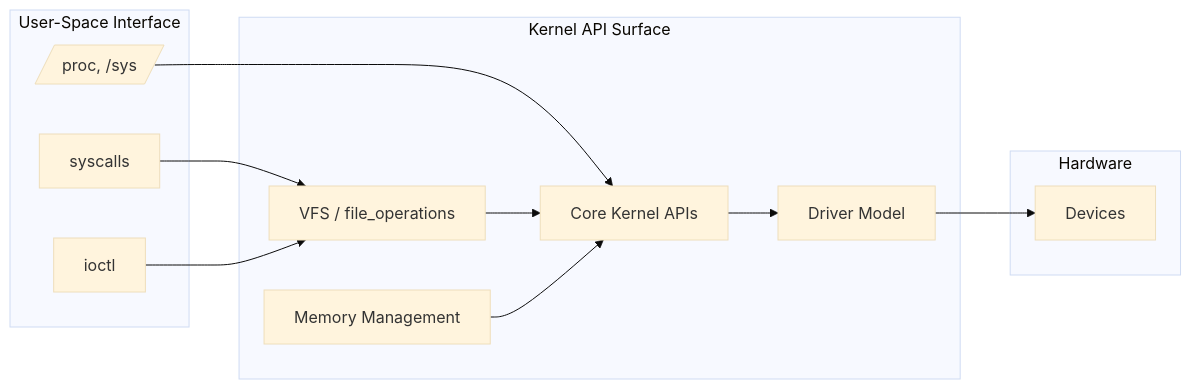
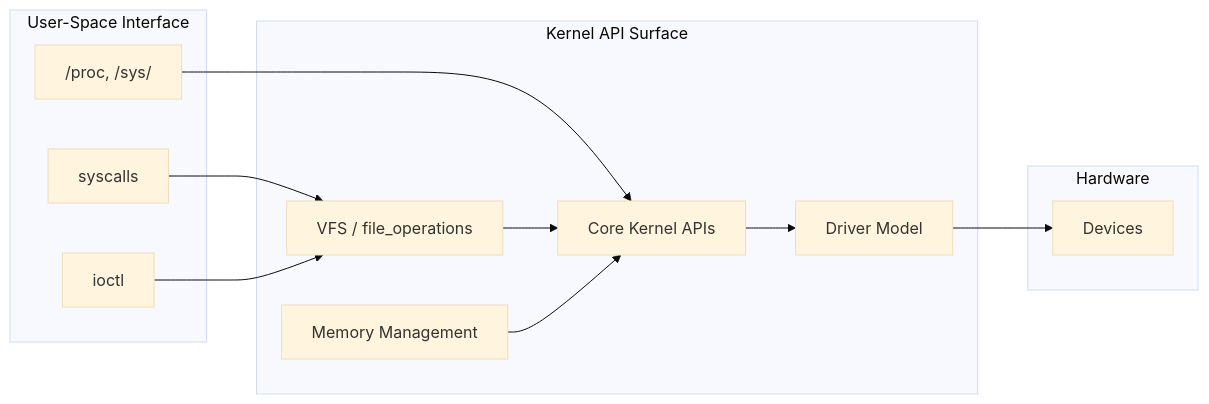
The second of 2 diagrams in src/kernel/apis.md (Abhinav-Kumar012/lb2), drawn with Mermaid (base theme) before and after one commit. The commit also changed 71 other files, not shown here.

First line of the commit message:
fix: quote all mermaid labels with special chars

````diff
--- a/src/kernel/apis.md
+++ b/src/kernel/apis.md
@@ -404,24 +404,24 @@
 ```mermaid
 graph LR
     subgraph "User-Space Interface"
         SYSCALL[syscalls]
         IOCTL[ioctl]
-        PROC[/proc, /sys/]
+        PROC["/proc, /sys/"]
     end
     subgraph "Kernel API Surface"
         VFS[VFS / file_operations]
         MM[Memory Management]
         KAPI[Core Kernel APIs]
         DRV[Driver Model]
     end
     subgraph "Hardware"
         HW[Devices]
     end
     SYSCALL --> VFS
     IOCTL --> VFS
     PROC --> KAPI
     VFS --> KAPI
     MM --> KAPI
     KAPI --> DRV
     DRV --> HW
 ```
````
